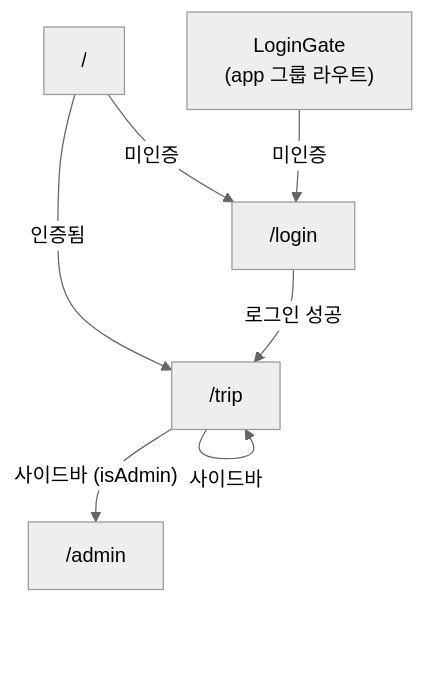
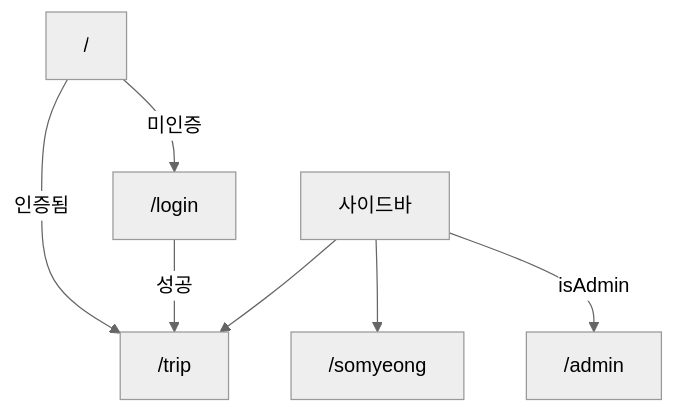
Before and after one commit to jaehyunlee-iportfolio/school-team-fighting: the third of 4 diagrams in README.md, drawn with Mermaid (neutral theme). The commit also changed other lines of this file, not shown here.

````diff
--- a/README.md
+++ b/README.md
@@ -71,9 +103,9 @@
 ```mermaid
 flowchart TD
     Root["/"] -->|인증됨| TripPage["/trip"]
     Root -->|미인증| LoginRedirect["/login"]
-    LoginRedirect -->|로그인 성공| TripPage
-    TripPage -->|사이드바| TripPage
-    TripPage -->|"사이드바 (isAdmin)"| AdminPage["/admin"]
-    LoginGate["LoginGate\n(app 그룹 라우트)"] -->|미인증| LoginRedirect
+    LoginRedirect -->|성공| TripPage
+    AppShell["사이드바"] --> TripPage
+    AppShell --> SomyeongPage["/somyeong"]
+    AppShell -->|isAdmin| AdminPage["/admin"]
 ```
````
